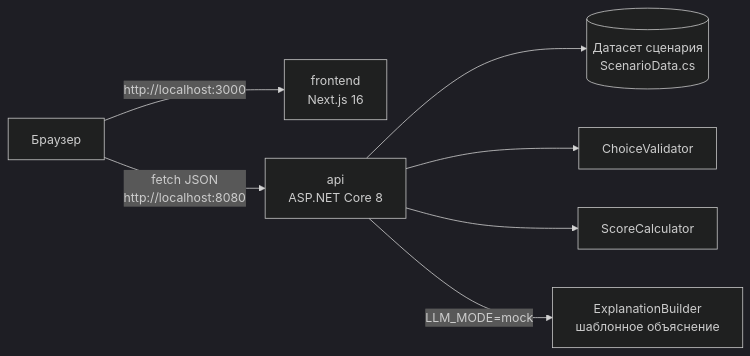
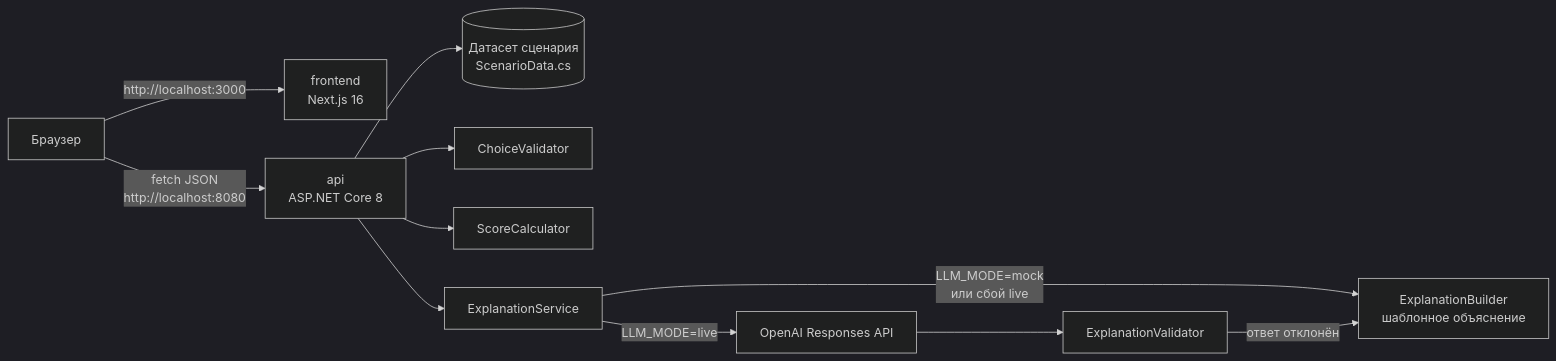
The diagram in README.md (BAITC-Hacks/hack-4c816c70-team), drawn with Mermaid (dark theme) before and after one commit. The commit also changed other lines of this file and 3 other files, not shown here.

Commit message:
chore: wire live AI configuration and document API tunnel

````diff
--- a/README.md
+++ b/README.md
@@ -32,9 +32,13 @@
 ```mermaid
 flowchart LR
     U[Браузер] -->|http://localhost:3000| F[frontend<br/>Next.js 16]
     U -->|fetch JSON<br/>http://localhost:8080| A[api<br/>ASP.NET Core 8]
     A --> D[(Датасет сценария<br/>ScenarioData.cs)]
     A --> V[ChoiceValidator]
     A --> S[ScoreCalculator]
-    A -->|LLM_MODE=mock| M[ExplanationBuilder<br/>шаблонное объяснение]
+    A --> E[ExplanationService]
+    E -->|LLM_MODE=mock<br/>или сбой live| M[ExplanationBuilder<br/>шаблонное объяснение]
+    E -->|LLM_MODE=live| O[OpenAI Responses API]
+    O --> X[ExplanationValidator]
+    X -->|ответ отклонён| M
 ```
````
